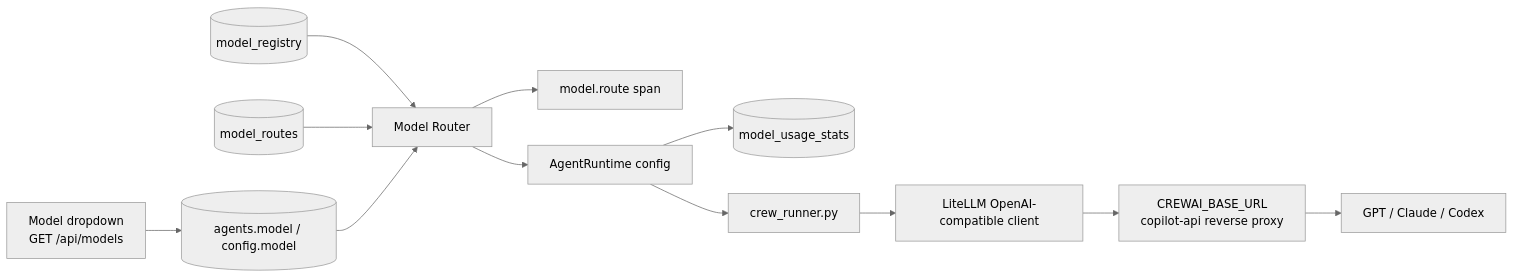
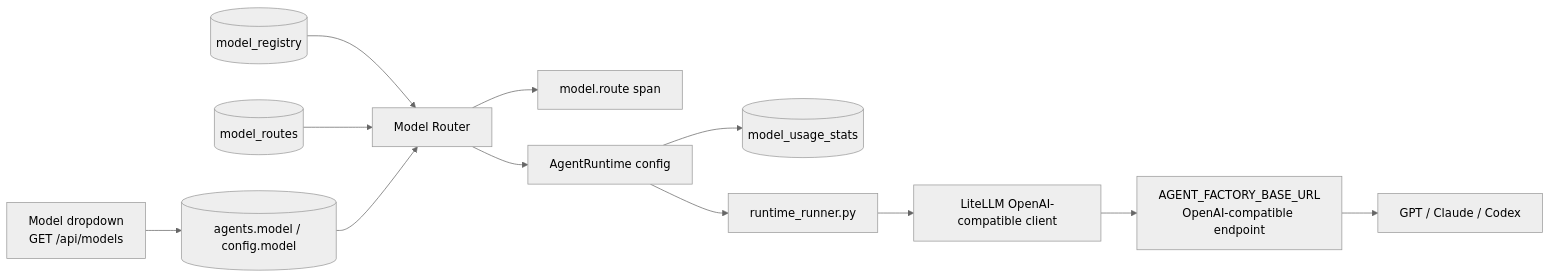
Before and after one commit to Zchary1106/Myrmecia: the seventh of 13 diagrams in docs/ARCHITECTURE.md, drawn with Mermaid (neutral theme). The commit also changed other lines of this file and 34 other files, not shown here.

First line of the commit message:
refactor: rename CrewAI runtime to Agent Factory Python Runtime

````diff
--- a/docs/ARCHITECTURE.md
+++ b/docs/ARCHITECTURE.md
@@ -278,14 +278,14 @@
 ```mermaid
 flowchart LR
   Dashboard[Model dropdown<br/>GET /api/models] --> AgentDB[(agents.model / config.model)]
   Catalog[(model_registry)] --> Router[Model Router]
   Routes[(model_routes)] --> Router
   AgentDB --> Router
   Router --> Trace[model.route span]
   Router --> Runtime[AgentRuntime config]
   Runtime --> Usage[(model_usage_stats)]
-  Runtime --> Runner[crew_runner.py]
+  Runtime --> Runner[runtime_runner.py]
   Runner --> LiteLLM[LiteLLM OpenAI-compatible client]
-  LiteLLM --> Proxy[CREWAI_BASE_URL<br/>copilot-api reverse proxy]
+  LiteLLM --> Proxy[AGENT_FACTORY_BASE_URL<br/>OpenAI-compatible endpoint]
   Proxy --> Model[GPT / Claude / Codex]
 ```
````
